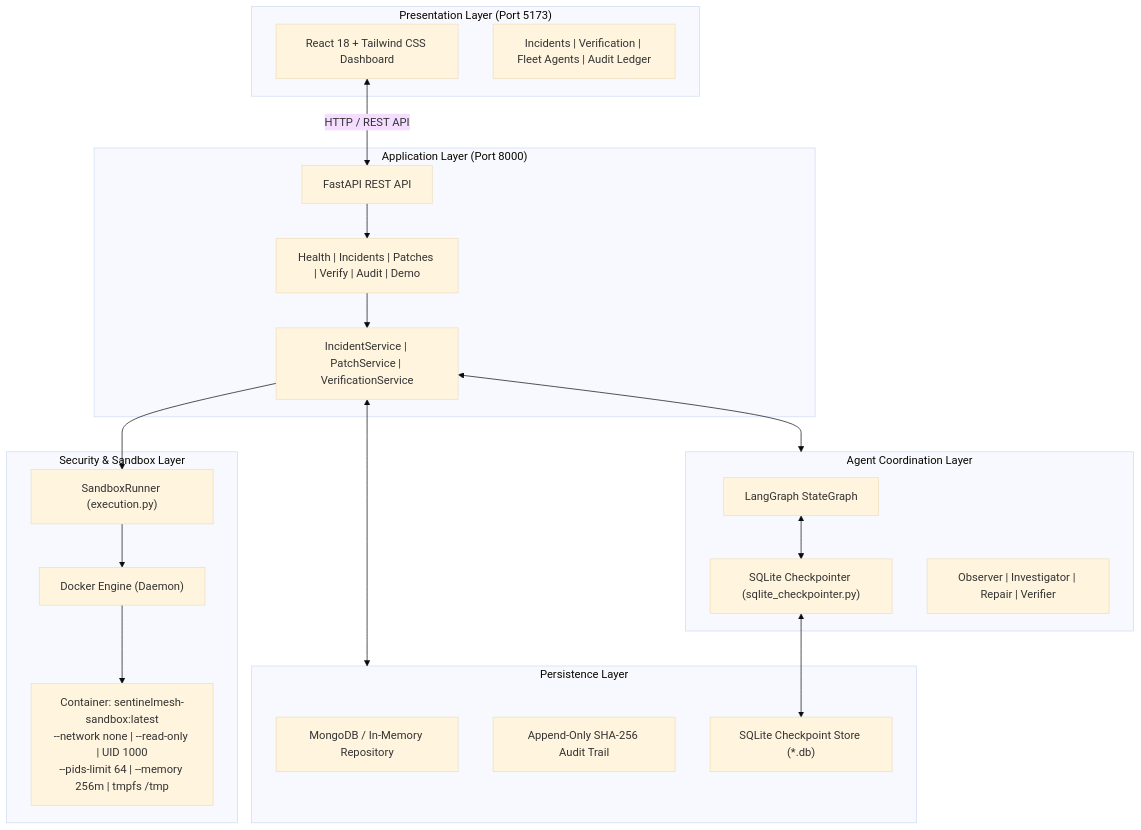
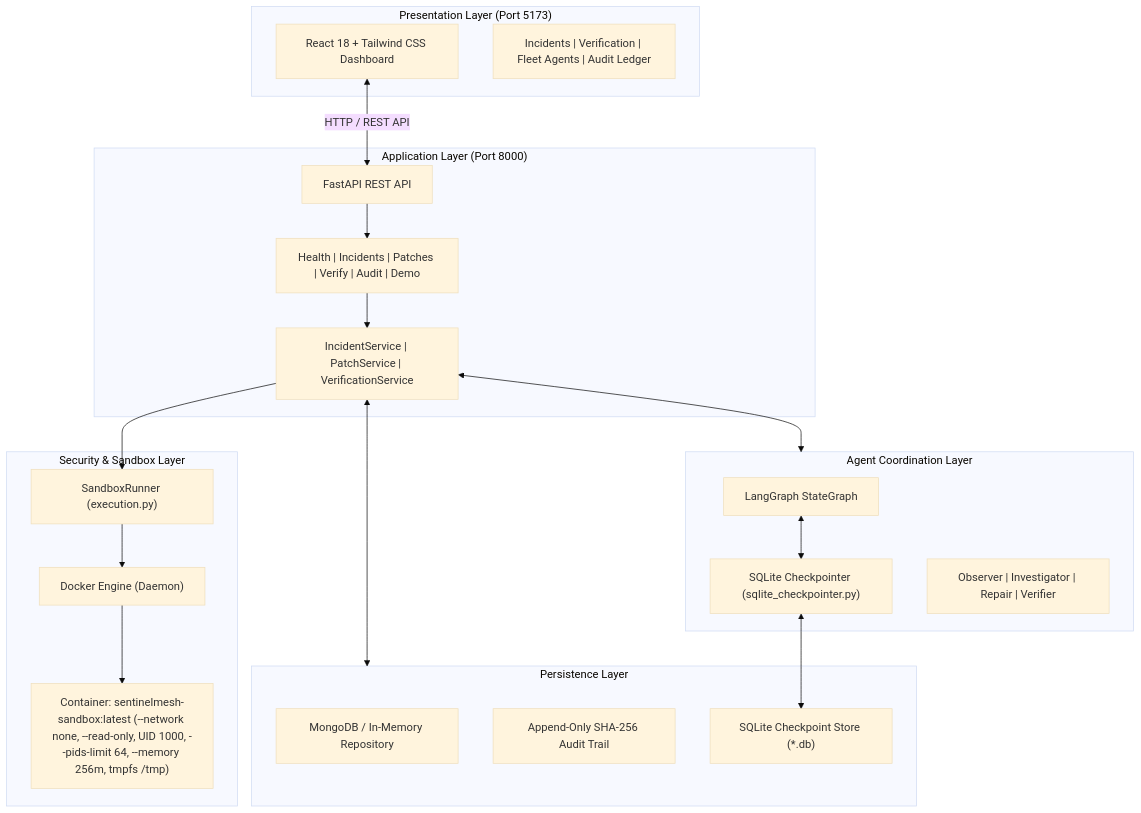
The third of 3 diagrams in README.md (punithkumar-060308/SENTINELMESH-AI), drawn with Mermaid (base theme) before and after one commit. The commit also changed other lines of this file, not shown here.

````diff
--- a/README.md
+++ b/README.md
@@ -207,42 +207,42 @@
 ```mermaid
 flowchart TD
     subgraph Client["Presentation Layer (Port 5173)"]
         UI["React 18 + Tailwind CSS Dashboard"]
         Views["Incidents | Verification | Fleet Agents | Audit Ledger"]
     end
 
     subgraph Backend["Application Layer (Port 8000)"]
         API["FastAPI REST API"]
         Router["Health | Incidents | Patches | Verify | Audit | Demo"]
         Svc["IncidentService | PatchService | VerificationService"]
     end
 
     subgraph Orchestration["Agent Coordination Layer"]
         LG["LangGraph StateGraph"]
         Checkpointer["SQLite Checkpointer (sqlite_checkpointer.py)"]
         Agents["Observer | Investigator | Repair | Verifier"]
     end
 
     subgraph Execution["Security & Sandbox Layer"]
         Runner["SandboxRunner (execution.py)"]
         Docker["Docker Engine (Daemon)"]
-        Container["Container: sentinelmesh-sandbox:latest<br/>--network none | --read-only | UID 1000<br/>--pids-limit 64 | --memory 256m | tmpfs /tmp"]
+        Container["Container: sentinelmesh-sandbox:latest (--network none, --read-only, UID 1000, --pids-limit 64, --memory 256m, tmpfs /tmp)"]
     end
 
     subgraph Data["Persistence Layer"]
         Mongo["MongoDB / In-Memory Repository"]
         Audit["Append-Only SHA-256 Audit Trail"]
         Disk["SQLite Checkpoint Store (*.db)"]
     end
 
     UI <-->|"HTTP / REST API"| API
     API --> Router
     Router --> Svc
     Svc <--> Orchestration
     LG <--> Checkpointer
     Checkpointer <--> Disk
     Svc <--> Data
     Svc --> Runner
     Runner --> Docker
     Docker --> Container
 ```
````
